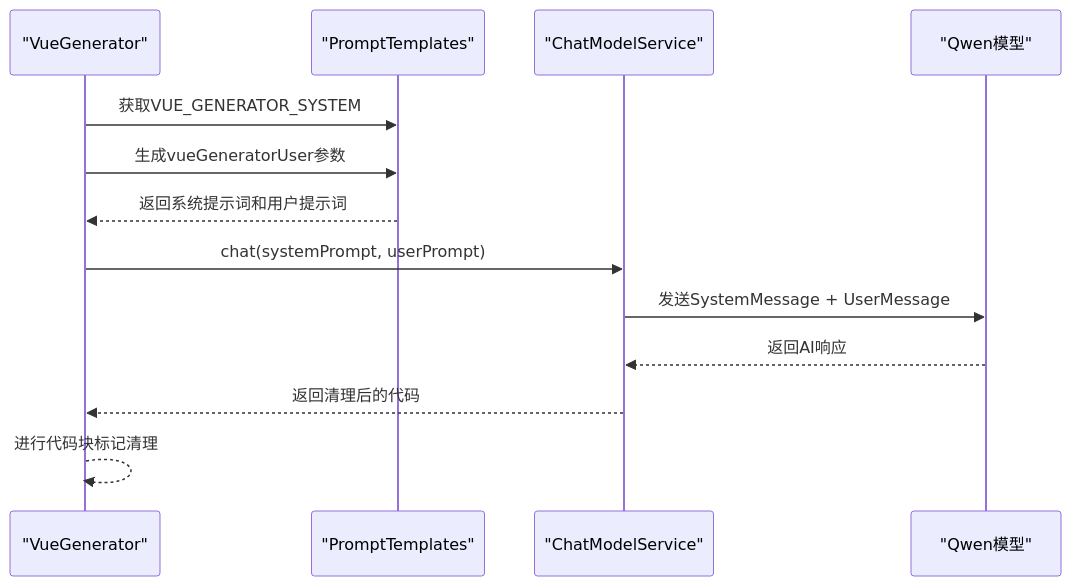
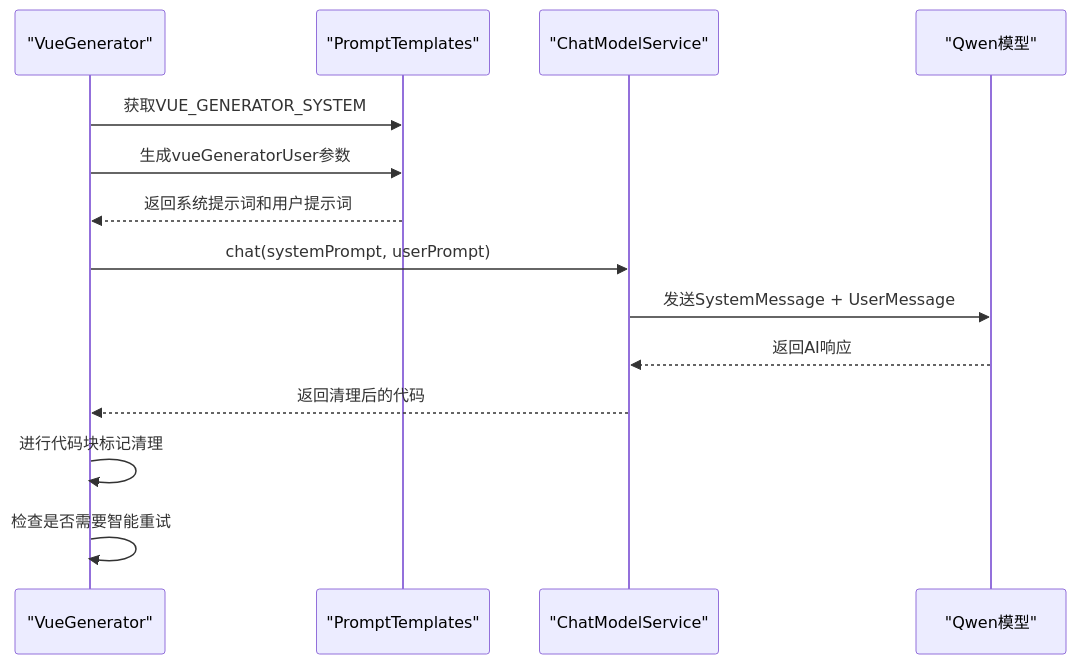
Diagram 13 of 16 in .qoder/repowiki/zh/content/AI工作流系统/AI节点分析/Vue代码生成节点.md (CyanYuKi/WebSiteFrontendCodeMother), drawn with Mermaid before and after one commit. The commit also changed other lines of this file and 21 other files, not shown here.

````diff
--- a/.qoder/repowiki/zh/content/AI工作流系统/AI节点分析/Vue代码生成节点.md
+++ b/.qoder/repowiki/zh/content/AI工作流系统/AI节点分析/Vue代码生成节点.md
@@ -288,15 +529,16 @@
 ```mermaid
 sequenceDiagram
 participant VG as "VueGenerator"
 participant PT as "PromptTemplates"
 participant CSM as "ChatModelService"
 participant LLM as "Qwen模型"
 VG->>PT : 获取VUE_GENERATOR_SYSTEM
 VG->>PT : 生成vueGeneratorUser参数
 PT-->>VG : 返回系统提示词和用户提示词
 VG->>CSM : chat(systemPrompt, userPrompt)
 CSM->>LLM : 发送SystemMessage + UserMessage
 LLM-->>CSM : 返回AI响应
 CSM-->>VG : 返回清理后的代码
-VG-->>VG : 进行代码块标记清理
+VG->>VG : 进行代码块标记清理
+VG->>VG : 检查是否需要智能重试
 ```
````
